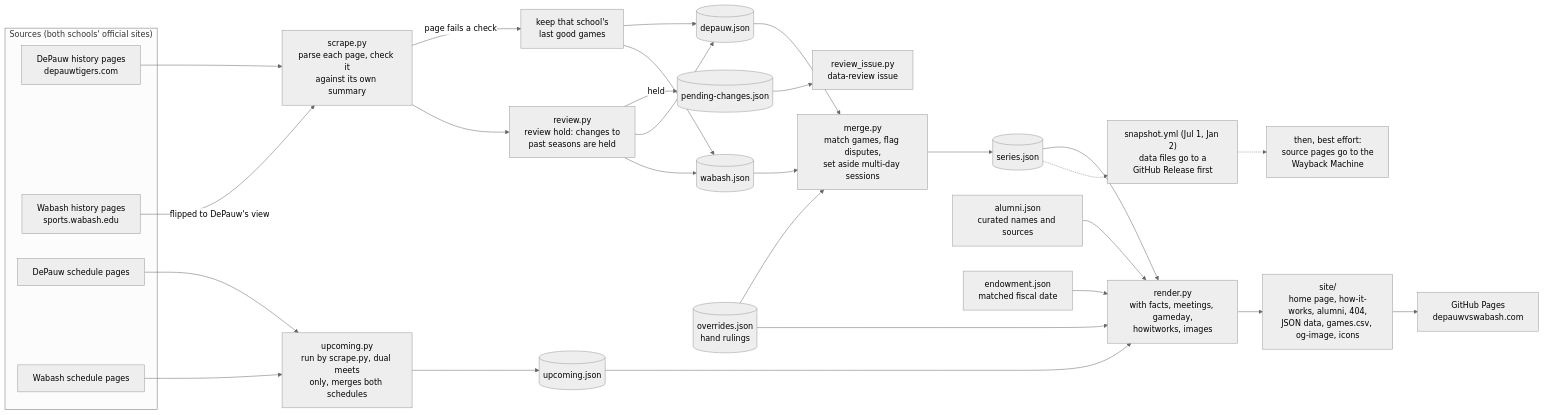
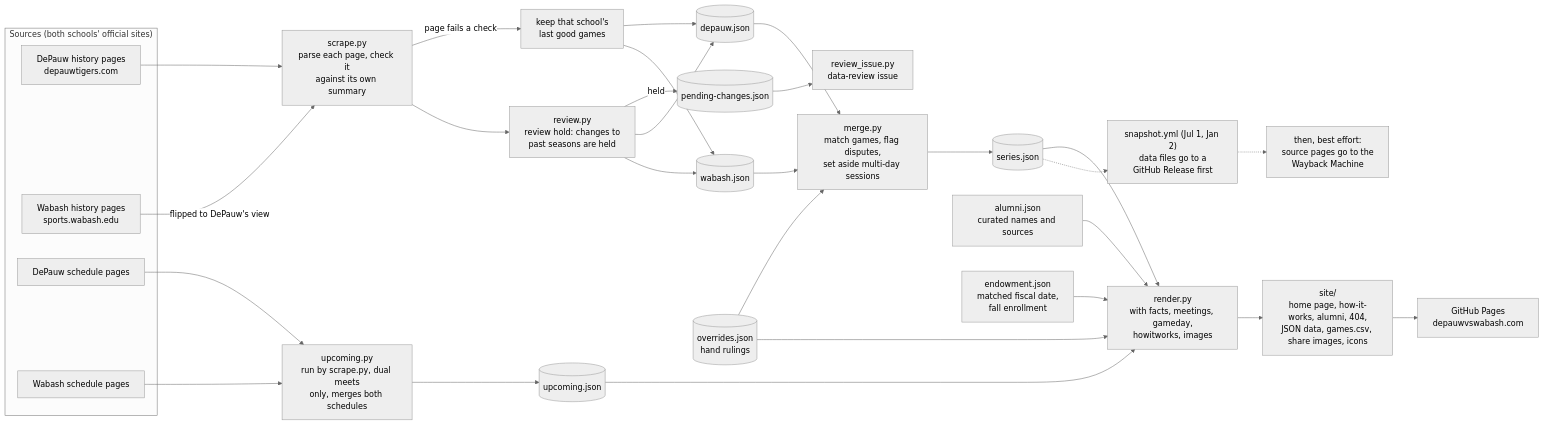
One commit to Haynesmodel/DePauw-vs-Wabash-web changed the first of 3 diagrams in README.md. Above: the diagram before and after it, drawn with Mermaid (neutral theme). The commit also changed other lines of this file, not shown here.

Commit message:
Document the alumni polish, per-student endowment and serial comma

````diff
--- a/README.md
+++ b/README.md
@@ -55,36 +61,36 @@
 ```mermaid
 flowchart LR
   subgraph SRC["Sources (both schools' official sites)"]
     DH["DePauw history pages<br/>depauwtigers.com"]
     WH["Wabash history pages<br/>sports.wabash.edu"]
     DS["DePauw schedule pages"]
     WS["Wabash schedule pages"]
   end
 
   DH --> P["scrape.py<br/>parse each page, check it<br/>against its own summary"]
   WH -- "flipped to DePauw's view" --> P
   P -- "page fails a check" --> K["keep that school's<br/>last good games"]
   P --> R["review.py<br/>review hold: changes to<br/>past seasons are held"]
   R -- "held" --> PC[("pending-changes.json")]
   PC --> RI["review_issue.py<br/>data-review issue"]
   R --> DJ[("depauw.json")]
   R --> WJ[("wabash.json")]
   K --> DJ
   K --> WJ
   DJ --> M["merge.py<br/>match games, flag disputes,<br/>set aside multi-day sessions"]
   WJ --> M
   OV[("overrides.json<br/>hand rulings")] --> M
   M --> SJ[("series.json")]
   DS --> U["upcoming.py<br/>run by scrape.py, dual meets<br/>only, merges both schedules"]
   WS --> U
   U --> UJ[("upcoming.json")]
   SJ --> RN["render.py<br/>with facts, meetings, gameday,<br/>howitworks, images"]
   AL["alumni.json<br/>curated names and sources"] --> RN
-  EN["endowment.json<br/>matched fiscal date"] --> RN
+  EN["endowment.json<br/>matched fiscal date,<br/>fall enrollment"] --> RN
   UJ --> RN
   OV --> RN
-  RN --> SITE["site/<br/>home page, how-it-works, alumni, 404,<br/>JSON data, games.csv, og-image, icons"]
+  RN --> SITE["site/<br/>home page, how-it-works, alumni, 404,<br/>JSON data, games.csv, share images, icons"]
   SITE --> GP["GitHub Pages<br/>depauwvswabash.com"]
   SJ -.-> SN["snapshot.yml (Jul 1, Jan 2)<br/>data files go to a<br/>GitHub Release first"]
   SN -.-> WB["then, best effort:<br/>source pages go to the<br/>Wayback Machine"]
 ```
````
